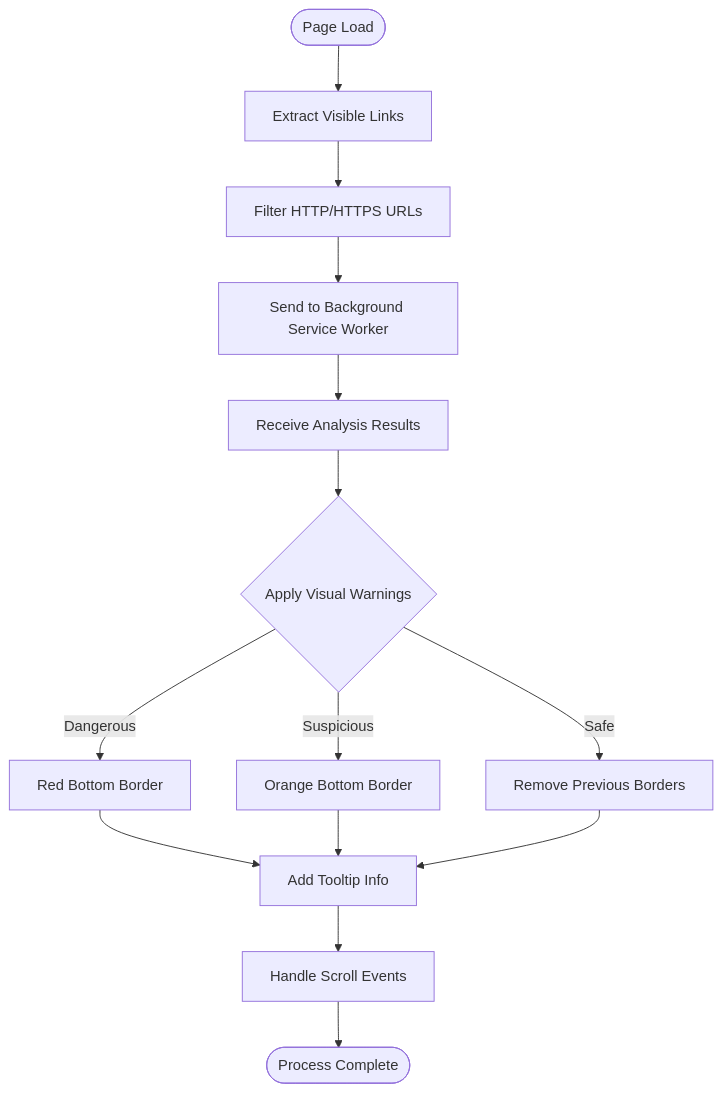
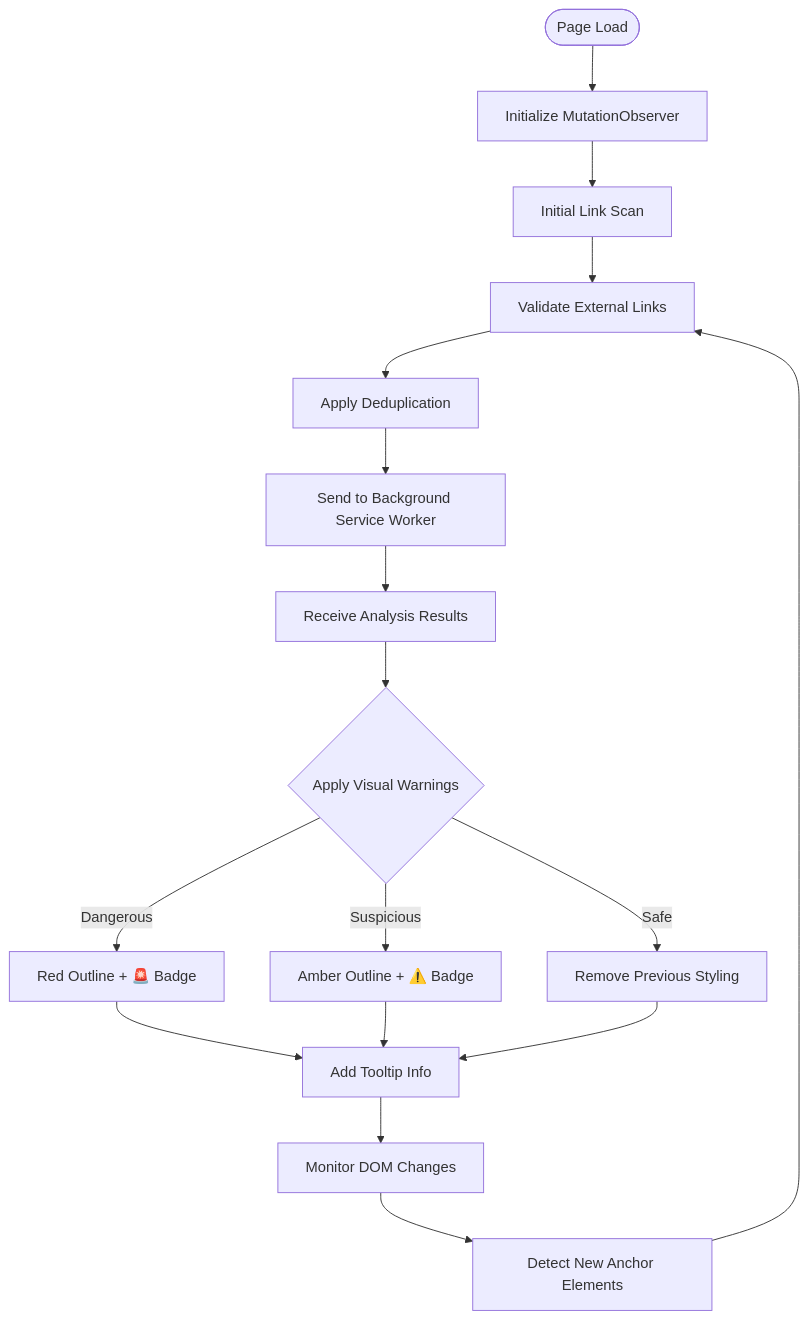
Before and after one commit to Aymanaahh/scrollguard-ai: the fourth of 7 diagrams in .qoder/repowiki/en/content/Chrome Extension Development.md, drawn with Mermaid. The commit also changed other lines of this file and 18 other files, not shown here.

````diff
--- a/.qoder/repowiki/en/content/Chrome Extension Development.md
+++ b/.qoder/repowiki/en/content/Chrome Extension Development.md
@@ -218,16 +242,19 @@
 ```mermaid
 flowchart TD
-Start(["Page Load"]) --> Extract["Extract Visible Links"]
-Extract --> Filter["Filter HTTP/HTTPS URLs"]
-Filter --> Send["Send to Background Service Worker"]
+Start(["Page Load"]) --> Init["Initialize MutationObserver"]
+Init --> InitialScan["Initial Link Scan"]
+InitialScan --> Validate["Validate External Links"]
+Validate --> Deduplicate["Apply Deduplication"]
+Deduplicate --> Send["Send to Background Service Worker"]
 Send --> Receive["Receive Analysis Results"]
 Receive --> Apply{"Apply Visual Warnings"}
-Apply --> |Dangerous| RedBorder["Red Bottom Border"]
-Apply --> |Suspicious| OrangeBorder["Orange Bottom Border"]
-Apply --> |Safe| RemoveBorder["Remove Previous Borders"]
-RedBorder --> Tooltip["Add Tooltip Info"]
-OrangeBorder --> Tooltip
-RemoveBorder --> Tooltip
-Tooltip --> Scroll["Handle Scroll Events"]
-Scroll --> End(["Process Complete"])
+Apply --> |Dangerous| RedOutline["Red Outline + 🚨 Badge"]
+Apply --> |Suspicious| AmberOutline["Amber Outline + ⚠️ Badge"]
+Apply --> |Safe| RemoveStyling["Remove Previous Styling"]
+RedOutline --> Tooltip["Add Tooltip Info"]
+AmberOutline --> Tooltip
+RemoveStyling --> Tooltip
+Tooltip --> MonitorDOM["Monitor DOM Changes"]
+MonitorDOM --> NewNodes["Detect New Anchor Elements"]
+NewNodes --> Validate
 ```
````
